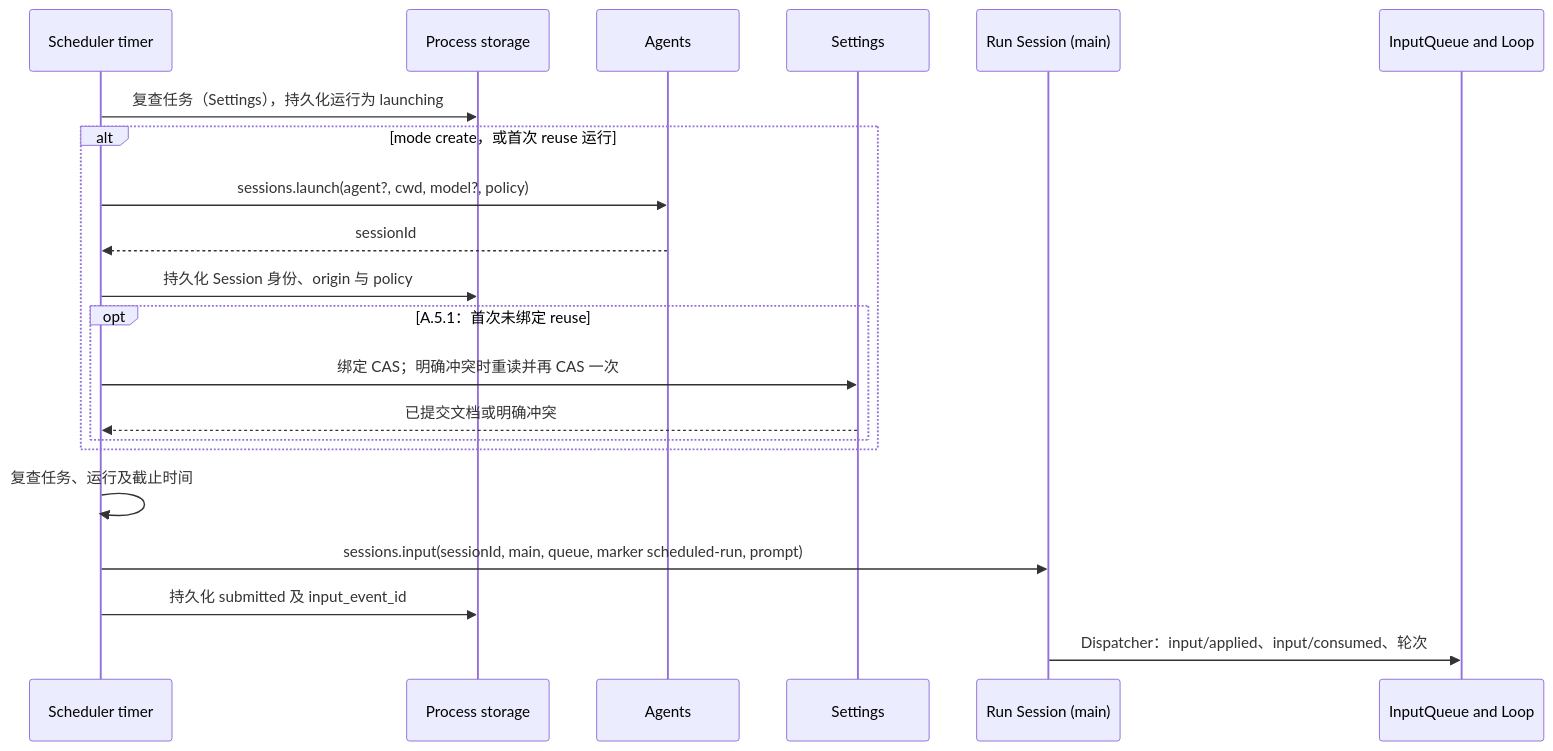
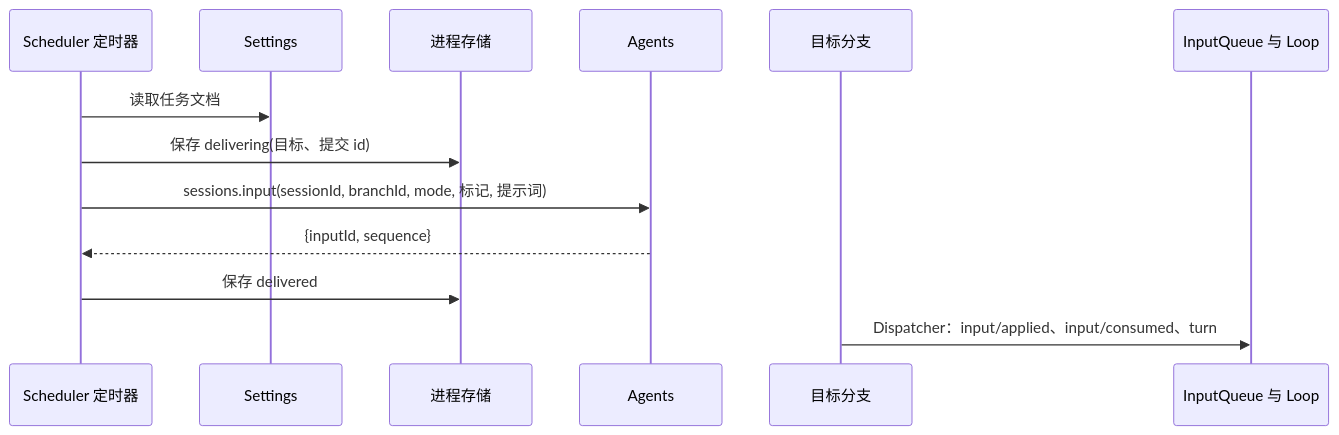
One commit to CoutinhoTTS/dim-agent changed the third of 5 diagrams in docs/zh/design/plugins/Scheduler.md. Above: the diagram before and after it, drawn with Mermaid. The commit also changed other lines of this file and 5 other files, not shown here.

First line of the commit message:
docs(scheduler): deliver a scheduled job to the branch that saved it

````diff
--- a/docs/zh/design/plugins/Scheduler.md
+++ b/docs/zh/design/plugins/Scheduler.md
@@ -175,23 +182,15 @@
 ```mermaid
 sequenceDiagram
-  participant T as Scheduler timer
-  participant ST as Process storage
+  participant T as Scheduler 定时器
+  participant SET as Settings
+  participant ST as 进程存储
   participant AG as Agents
-  participant SET as Settings
-  participant S as Run Session (main)
-  participant IQ as InputQueue and Loop
-  T->>ST: 复查任务（Settings），持久化运行为 launching
-  alt mode create，或首次 reuse 运行
-    T->>AG: sessions.launch(agent?, cwd, model?, policy)
-    AG-->>T: sessionId
-    T->>ST: 持久化 Session 身份、origin 与 policy
-    opt A.5.1：首次未绑定 reuse
-      T->>SET: 绑定 CAS；明确冲突时重读并再 CAS 一次
-      SET-->>T: 已提交文档或明确冲突
-    end
-  end
-  T->>T: 复查任务、运行及截止时间
-  T->>S: sessions.input(sessionId, main, queue, marker scheduled-run, prompt)
-  T->>ST: 持久化 submitted 及 input_event_id
-  S->>IQ: Dispatcher：input/applied、input/consumed、轮次
+  participant S as 目标分支
+  participant IQ as InputQueue 与 Loop
+  T->>SET: 读取任务文档
+  T->>ST: 保存 delivering(目标、提交 id)
+  T->>AG: sessions.input(sessionId, branchId, mode, 标记, 提示词)
+  AG-->>T: {inputId, sequence}
+  T->>ST: 保存 delivered
+  S->>IQ: Dispatcher：input/applied、input/consumed、turn
 ```
````
